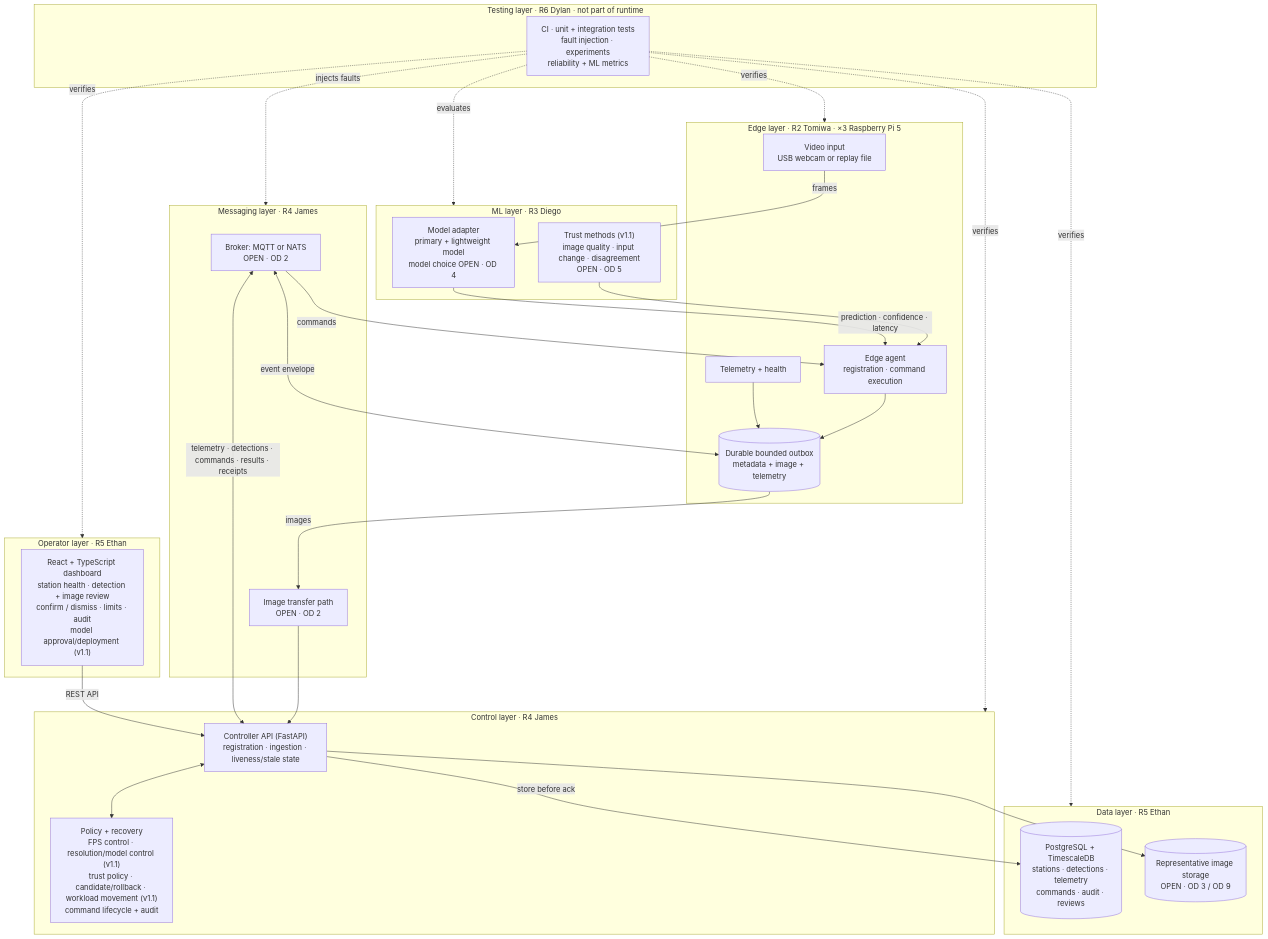
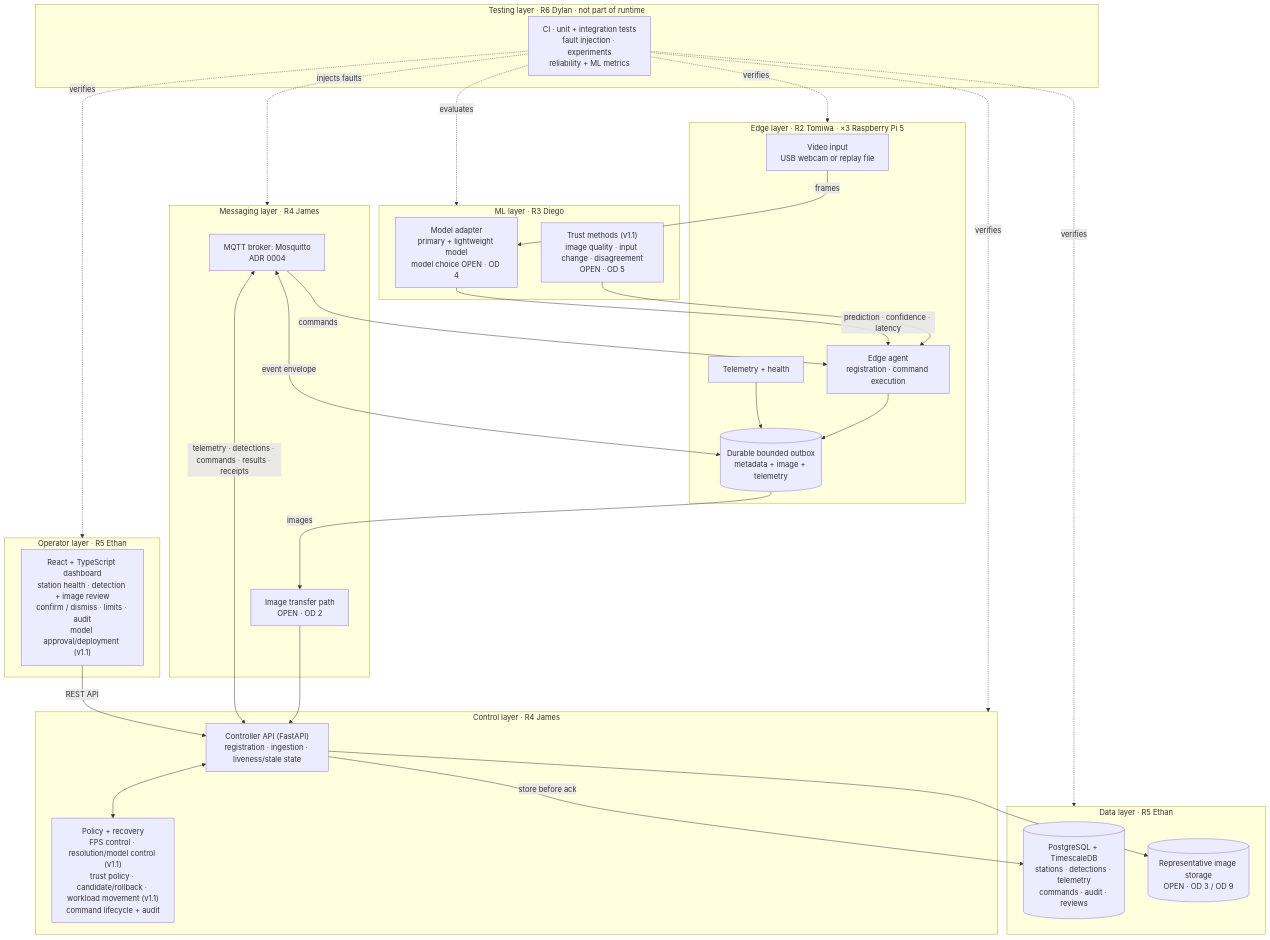
Before and after one commit to MarioTeachesTyping/EmberFlow: the first of 2 diagrams in docs/architecture/overview.md, drawn with Mermaid. The commit also changed other lines of this file and 15 other files, not shown here.

Commit message:
docs: accept MQTT with Mosquitto as messaging transport (ADR 0004)

````diff
--- a/docs/architecture/overview.md
+++ b/docs/architecture/overview.md
@@ -29,59 +29,59 @@
 ```mermaid
 flowchart TB
   subgraph OPERATOR["Operator layer · R5 Ethan"]
     DASH["React + TypeScript dashboard<br/>station health · detection + image review<br/>confirm / dismiss · limits · audit<br/>model approval/deployment (v1.1)"]
   end
 
   subgraph CONTROL["Control layer · R4 James"]
     API["Controller API (FastAPI)<br/>registration · ingestion · liveness/stale state"]
     POL["Policy + recovery<br/>FPS control · resolution/model control (v1.1)<br/>trust policy · candidate/rollback · workload movement (v1.1)<br/>command lifecycle + audit"]
   end
 
   subgraph DATA["Data layer · R5 Ethan"]
     DB[("PostgreSQL + TimescaleDB<br/>stations · detections · telemetry<br/>commands · audit · reviews")]
     IMG[("Representative image storage<br/>OPEN · OD 3 / OD 9")]
   end
 
   subgraph MESSAGING["Messaging layer · R4 James"]
-    BROKER["Broker: MQTT or NATS<br/>OPEN · OD 2"]
+    BROKER["MQTT broker: Mosquitto<br/>ADR 0004"]
     IMGX["Image transfer path<br/>OPEN · OD 2"]
   end
 
   subgraph EDGE["Edge layer · R2 Tomiwa · ×3 Raspberry Pi 5"]
     VID["Video input<br/>USB webcam or replay file"]
     AGENT["Edge agent<br/>registration · command execution"]
     TEL["Telemetry + health"]
     OUTBOX[("Durable bounded outbox<br/>metadata + image + telemetry")]
   end
 
   subgraph ML["ML layer · R3 Diego"]
     MODEL["Model adapter<br/>primary + lightweight model<br/>model choice OPEN · OD 4"]
     TRUST["Trust methods (v1.1)<br/>image quality · input change · disagreement<br/>OPEN · OD 5"]
   end
 
   subgraph TESTING["Testing layer · R6 Dylan · not part of runtime"]
     TEST["CI · unit + integration tests<br/>fault injection · experiments<br/>reliability + ML metrics"]
   end
 
   DASH -->|"REST API"| API
   API <--> POL
   API -->|"store before ack"| DB
   API --> IMG
   BROKER <-->|"telemetry · detections · commands · results · receipts"| API
   IMGX --> API
   VID -->|"frames"| MODEL
   MODEL -->|"prediction · confidence · latency"| AGENT
   TRUST --> AGENT
   TEL --> OUTBOX
   AGENT --> OUTBOX
   OUTBOX <-->|"event envelope"| BROKER
   OUTBOX -->|"images"| IMGX
   BROKER -->|"commands"| AGENT
 
   TEST -.->|"verifies"| EDGE
   TEST -.->|"evaluates"| ML
   TEST -.->|"injects faults"| MESSAGING
   TEST -.->|"verifies"| CONTROL
   TEST -.->|"verifies"| DATA
   TEST -.->|"verifies"| OPERATOR
 ```
````
